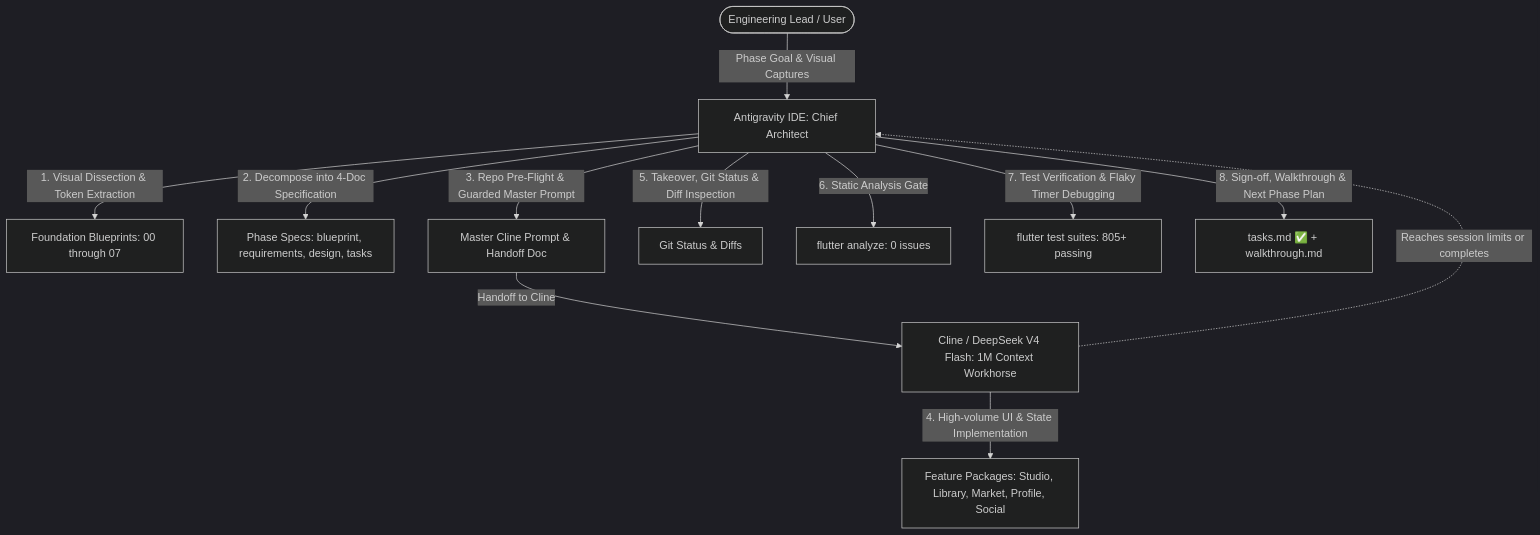
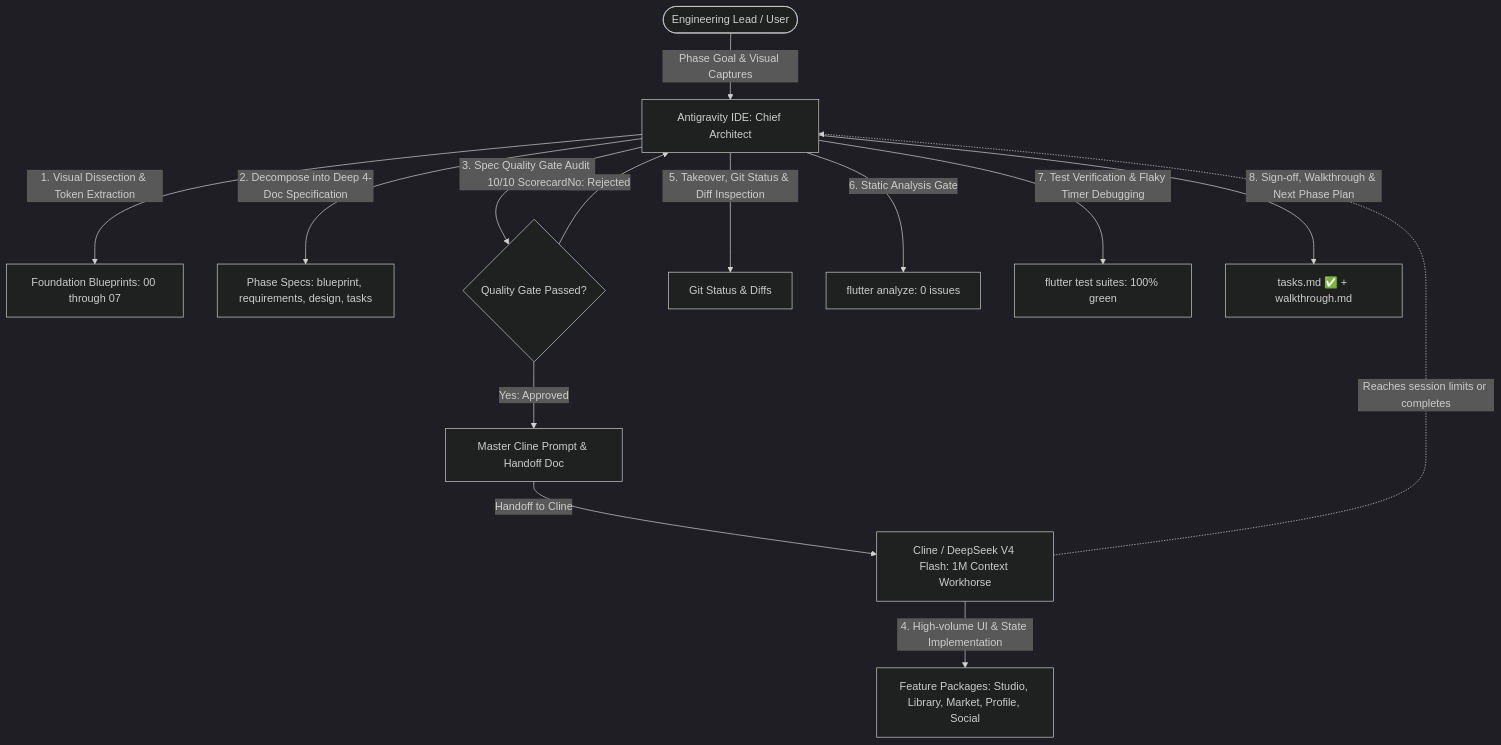
The diagram in docs/VHUNAMBI_AGENT_WORKFLOW_STANDARD.md (Ndugelo-Code/vhunambi), drawn with Mermaid (dark theme) before and after one commit. The commit also changed other lines of this file, not shown here.

Commit message:
docs(standards): reinforce VHUNAMBI_AGENT_WORKFLOW_STANDARD with zero-summarization law, gold exemplars, and 10-point spec audit gate

````diff
--- a/docs/VHUNAMBI_AGENT_WORKFLOW_STANDARD.md
+++ b/docs/VHUNAMBI_AGENT_WORKFLOW_STANDARD.md
@@ -15,14 +15,16 @@
 ```mermaid
 graph TD
     User([Engineering Lead / User]) -->|Phase Goal & Visual Captures| A[Antigravity IDE: Chief Architect]
     A -->|1. Visual Dissection & Token Extraction| SSOT[Foundation Blueprints: 00 through 07]
-    A -->|2. Decompose into 4-Doc Specification| Quad[Phase Specs: blueprint, requirements, design, tasks]
-    A -->|3. Repo Pre-Flight & Guarded Master Prompt| P[Master Cline Prompt & Handoff Doc]
+    A -->|2. Decompose into Deep 4-Doc Specification| Quad[Phase Specs: blueprint, requirements, design, tasks]
+    A -->|3. Spec Quality Gate Audit 10/10 Scorecard| Gate{Quality Gate Passed?}
+    Gate -->|No: Rejected| A
+    Gate -->|Yes: Approved| P[Master Cline Prompt & Handoff Doc]
     P -->|Handoff to Cline| C[Cline / DeepSeek V4 Flash: 1M Context Workhorse]
     C -->|4. High-volume UI & State Implementation| Code[Feature Packages: Studio, Library, Market, Profile, Social]
     C -.->|Reaches session limits or completes| A
     A -->|5. Takeover, Git Status & Diff Inspection| Audit[Git Status & Diffs]
     A -->|6. Static Analysis Gate| Gates[flutter analyze: 0 issues]
-    A -->|7. Test Verification & Flaky Timer Debugging| Tests[flutter test suites: 805+ passing]
+    A -->|7. Test Verification & Flaky Timer Debugging| Tests[flutter test suites: 100% green]
     A -->|8. Sign-off, Walkthrough & Next Phase Plan| Done[tasks.md ✅ + walkthrough.md]
 ```
````
